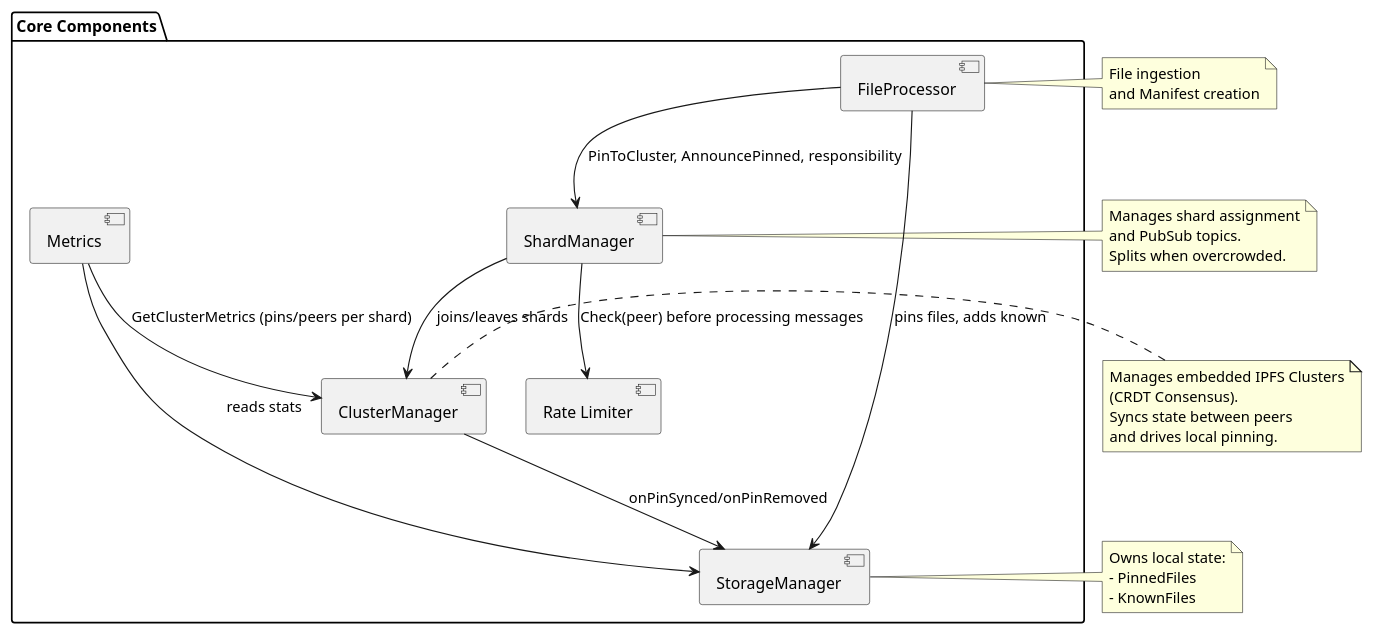
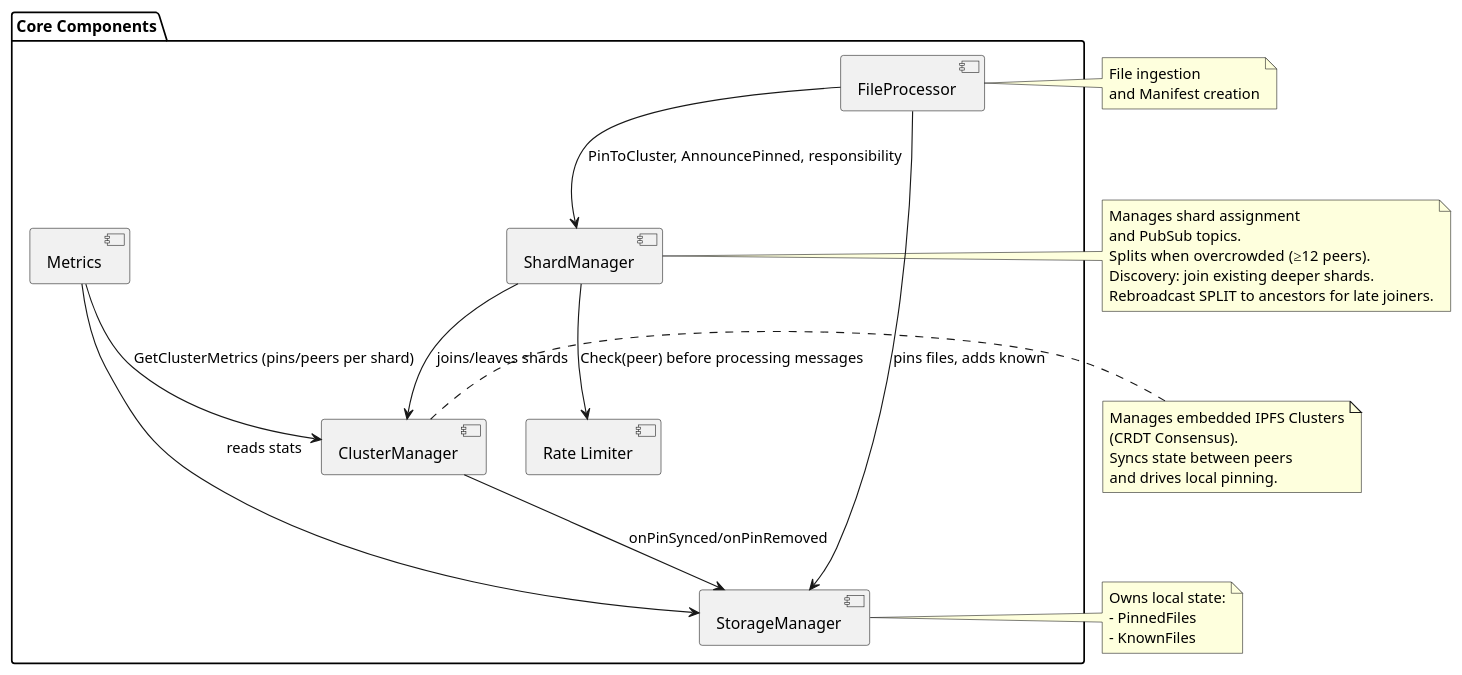
Before and after one commit to gipplab/D-LOCKSS: the diagram in docs/component_diagram.puml, drawn with PlantUML. The commit also changed 24 other files, not shown here.

```diff
--- a/docs/component_diagram.puml
+++ b/docs/component_diagram.puml
@@ -1,44 +1,46 @@
 @startuml D-LOCKSS Component Diagram
 
 package "Core Components" {
     component "ShardManager" as ShardManager
     component "ClusterManager" as ClusterManager
     component "StorageManager" as StorageManager
     component "FileProcessor" as FileProcessor
     component Metrics
     component "Rate Limiter" as RateLimiter
 }
 
 ShardManager --> ClusterManager : joins/leaves shards
 ClusterManager --> StorageManager : onPinSynced/onPinRemoved
 FileProcessor --> StorageManager : pins files, adds known
 FileProcessor --> ShardManager : PinToCluster, AnnouncePinned, responsibility
 ShardManager --> RateLimiter : Check(peer) before processing messages
 Metrics --> StorageManager : reads stats
 Metrics --> ClusterManager : GetClusterMetrics (pins/peers per shard)
 
 note right of ShardManager
     Manages shard assignment
     and PubSub topics.
-    Splits when overcrowded.
+    Splits when overcrowded (≥12 peers).
+    Discovery: join existing deeper shards.
+    Rebroadcast SPLIT to ancestors for late joiners.
 end note
 
 note right of ClusterManager
     Manages embedded IPFS Clusters
     (CRDT Consensus).
     Syncs state between peers
     and drives local pinning.
 end note
 
 note right of StorageManager
     Owns local state:
     - PinnedFiles
     - KnownFiles
 end note
 
 note right of FileProcessor
     File ingestion
     and Manifest creation
 end note
 
 @enduml
```
